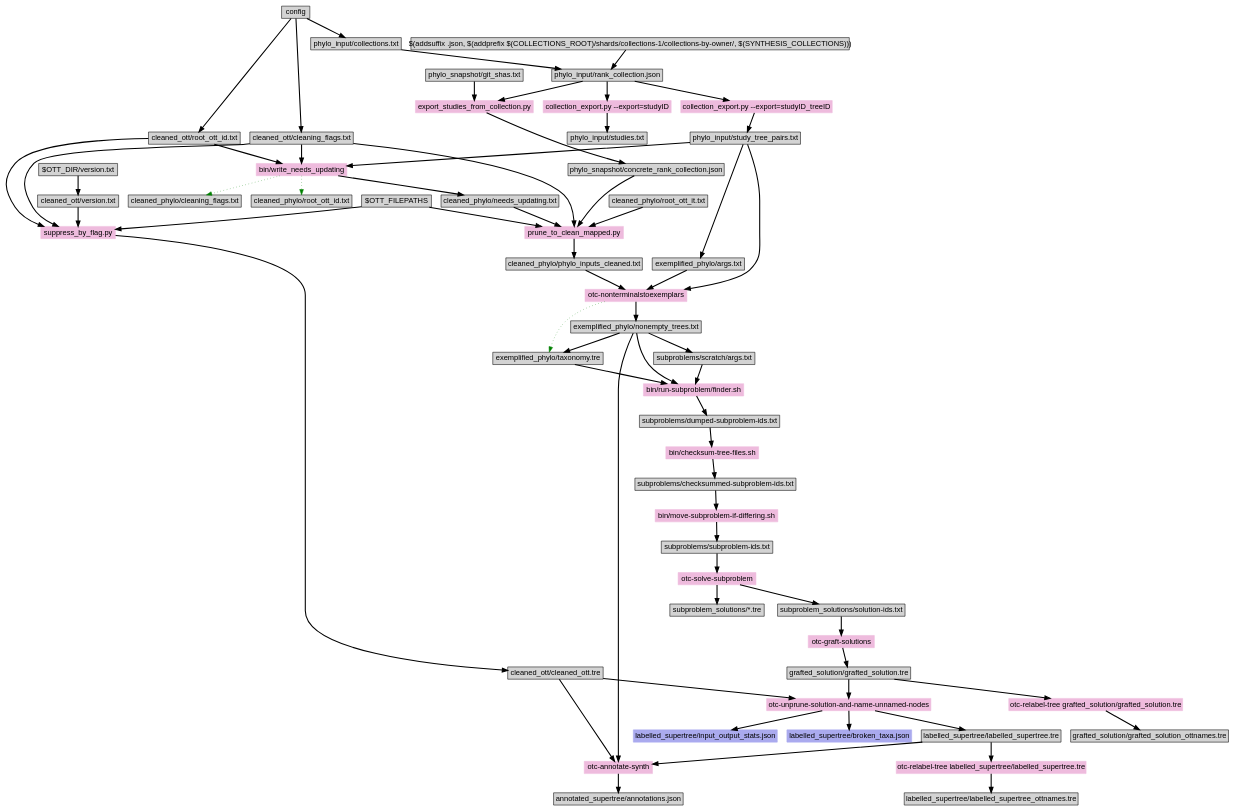
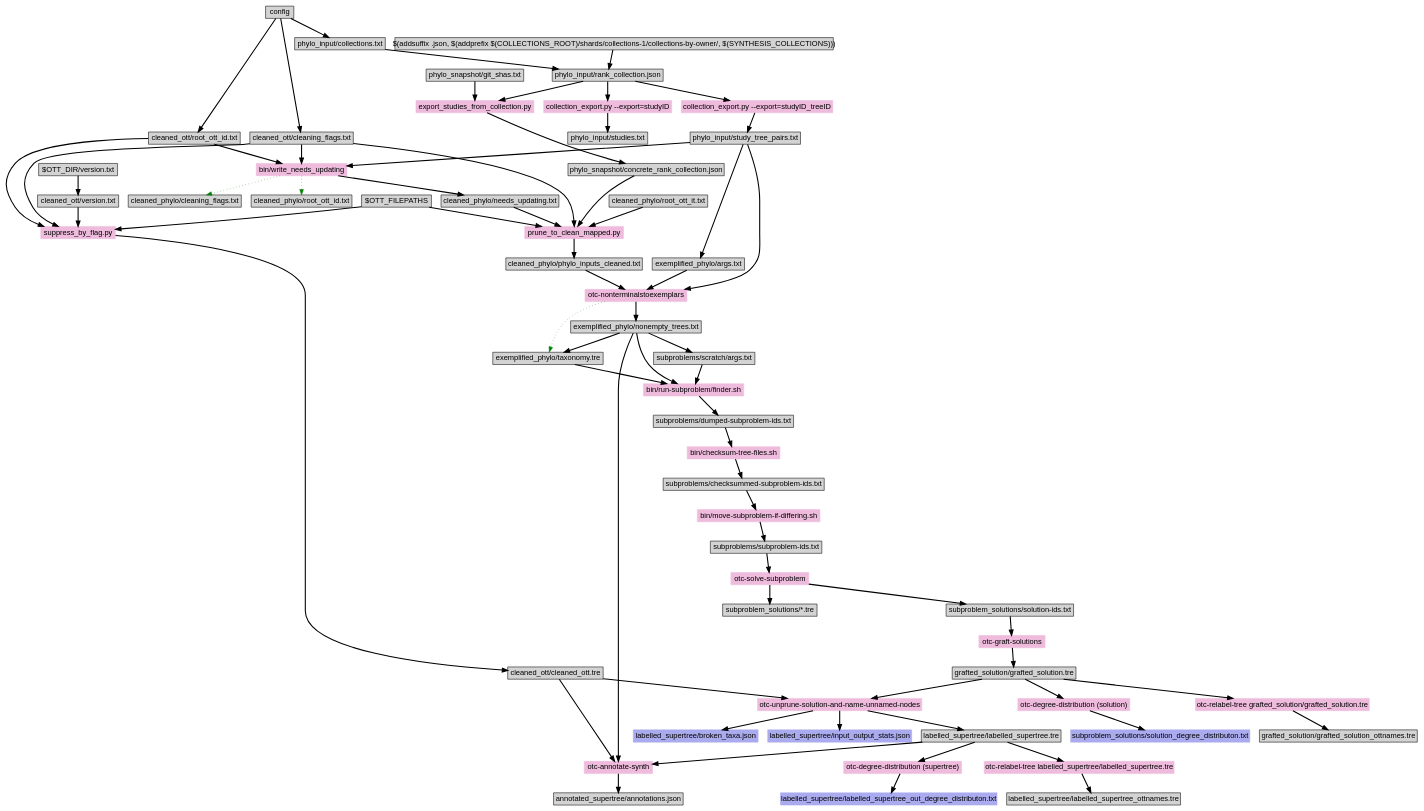
The diagram in doc/makefile-dependencies.dot (OpenTreeOfLife/propinquity), drawn with Graphviz before and after one commit.

Commit message:
Add a few new doc targets to DOT graph.

```diff
--- a/doc/makefile-dependencies.dot
+++ b/doc/makefile-dependencies.dot
@@ -1,126 +1,136 @@
 digraph "make" {
 graph [ranksep=0.25, fontname=Arial,  nodesep=0.25, ranksep=0.5];
 node [fontname=Arial, style=filled, height=0, width=0, shape=box];
 edge [style="setlinewidth(2)"];
 
 config -> "cleaned_ott/root_ott_id.txt"
 config -> "cleaned_ott/cleaning_flags.txt"
 "$OTT_DIR/version.txt" -> "cleaned_ott/version.txt"
 
 "phylo_input/study_tree_pairs.txt" -> "exemplified_phylo/args.txt"
 
 "phylo_input/study_tree_pairs.txt" -> "otc-nonterminalstoexemplars"
 "exemplified_phylo/args.txt" -> "otc-nonterminalstoexemplars"
 "cleaned_phylo/phylo_inputs_cleaned.txt" -> "otc-nonterminalstoexemplars"
 "otc-nonterminalstoexemplars" -> "exemplified_phylo/nonempty_trees.txt"
 "otc-nonterminalstoexemplars" -> "exemplified_phylo/taxonomy.tre" [color=green style=dotted]
 "otc-nonterminalstoexemplars"  [style=filled, color="#EEBBDD"]
 
 "exemplified_phylo/nonempty_trees.txt" -> "exemplified_phylo/taxonomy.tre"
 
 "$OTT_FILEPATHS" -> "suppress_by_flag.py"
 "cleaned_ott/version.txt" ->  "suppress_by_flag.py"
 "cleaned_ott/cleaning_flags.txt" ->  "suppress_by_flag.py"
 "cleaned_ott/root_ott_id.txt" ->  "suppress_by_flag.py"
 "suppress_by_flag.py" [style=filled, color="#EEBBDD"]
 "suppress_by_flag.py" -> "cleaned_ott/cleaned_ott.tre"
 
 "$(addsuffix .json, $(addprefix $(COLLECTIONS_ROOT)/shards/collections-1/collections-by-owner/, $(SYNTHESIS_COLLECTIONS)))" -> "phylo_input/rank_collection.json"
 
 "phylo_input/rank_collection.json" -> "collection_export.py --export=studyID"
 "collection_export.py --export=studyID" -> "phylo_input/studies.txt"
 "collection_export.py --export=studyID" [style=filled, color="#EEBBDD"]
 
 "phylo_input/rank_collection.json" -> "collection_export.py --export=studyID_treeID"
 "collection_export.py --export=studyID_treeID" -> "phylo_input/study_tree_pairs.txt"
 "collection_export.py --export=studyID_treeID" [style=filled, color="#EEBBDD"]
 
 "phylo_snapshot/git_shas.txt"
 
 "phylo_snapshot/git_shas.txt" ->  "export_studies_from_collection.py"
 "phylo_input/rank_collection.json" -> "export_studies_from_collection.py"
 "export_studies_from_collection.py" -> "phylo_snapshot/concrete_rank_collection.json"
 "export_studies_from_collection.py"  [style=filled, color="#EEBBDD"]
 
 "cleaned_ott/cleaning_flags.txt" -> "bin/write_needs_updating"
 "cleaned_ott/root_ott_id.txt" -> "bin/write_needs_updating"
 "phylo_input/study_tree_pairs.txt" -> "bin/write_needs_updating"
 "bin/write_needs_updating" -> "cleaned_phylo/needs_updating.txt"
 "bin/write_needs_updating" -> "cleaned_phylo/cleaning_flags.txt"  [color=green style=dotted]
 "bin/write_needs_updating" -> "cleaned_phylo/root_ott_id.txt"  [color=green style=dotted]
 "bin/write_needs_updating"   [style=filled, color="#EEBBDD"]
 
 "cleaned_phylo/needs_updating.txt" -> "prune_to_clean_mapped.py"
 "cleaned_ott/cleaning_flags.txt" -> "prune_to_clean_mapped.py"
 "cleaned_phylo/root_ott_it.txt" -> "prune_to_clean_mapped.py"
 "$OTT_FILEPATHS" -> "prune_to_clean_mapped.py"
 "phylo_snapshot/concrete_rank_collection.json" -> "prune_to_clean_mapped.py"
 "prune_to_clean_mapped.py"  [style=filled, color="#EEBBDD"]
 "prune_to_clean_mapped.py" -> "cleaned_phylo/phylo_inputs_cleaned.txt"
 
 
 config -> "phylo_input/collections.txt"
 "phylo_input/collections.txt" -> "phylo_input/rank_collection.json"
 # here is where we need to depend on whether the collections have changed!
 
 "exemplified_phylo/nonempty_trees.txt" -> "subproblems/scratch/args.txt"
 
 "exemplified_phylo/taxonomy.tre" -> "bin/run-subproblem/finder.sh"
 "subproblems/scratch/args.txt" -> "bin/run-subproblem/finder.sh"
 "exemplified_phylo/nonempty_trees.txt" -> "bin/run-subproblem/finder.sh"
 "bin/run-subproblem/finder.sh" [style=filled, color="#EEBBDD"]
 "bin/run-subproblem/finder.sh" -> "subproblems/dumped-subproblem-ids.txt"
 
 "subproblems/dumped-subproblem-ids.txt" -> "bin/checksum-tree-files.sh" 
 "bin/checksum-tree-files.sh" [style=filled, color="#EEBBDD"]
 "bin/checksum-tree-files.sh" -> "subproblems/checksummed-subproblem-ids.txt"
 
 
 "subproblems/checksummed-subproblem-ids.txt" -> "bin/move-subproblem-if-differing.sh" 
 "bin/move-subproblem-if-differing.sh" [style=filled, color="#EEBBDD"]
 "bin/move-subproblem-if-differing.sh" -> "subproblems/subproblem-ids.txt"
 
 "subproblems/subproblem-ids.txt" -> "otc-solve-subproblem"
 "otc-solve-subproblem" [style=filled, color="#EEBBDD"]
 "otc-solve-subproblem" -> "subproblem_solutions/*.tre"
 "otc-solve-subproblem" -> "subproblem_solutions/solution-ids.txt"
 "subproblem_solutions/solution-ids.txt"
 
 "subproblem_solutions/solution-ids.txt" -> "otc-graft-solutions"
 "otc-graft-solutions" [style=filled, color="#EEBBDD"]
 "otc-graft-solutions" -> "grafted_solution/grafted_solution.tre"
 
 "grafted_solution/grafted_solution.tre" -> "otc-relabel-tree grafted_solution/grafted_solution.tre"
 "otc-relabel-tree grafted_solution/grafted_solution.tre" [style=filled, color="#EEBBDD"]
 "otc-relabel-tree grafted_solution/grafted_solution.tre" -> "grafted_solution/grafted_solution_ottnames.tre"
 
 "cleaned_ott/cleaned_ott.tre" -> "otc-unprune-solution-and-name-unnamed-nodes"
 "grafted_solution/grafted_solution.tre" -> "otc-unprune-solution-and-name-unnamed-nodes"
 "otc-unprune-solution-and-name-unnamed-nodes" [style=filled, color="#EEBBDD"]
 "otc-unprune-solution-and-name-unnamed-nodes" -> "labelled_supertree/labelled_supertree.tre"
 "otc-unprune-solution-and-name-unnamed-nodes" -> "labelled_supertree/broken_taxa.json"
 "otc-unprune-solution-and-name-unnamed-nodes" -> "labelled_supertree/input_output_stats.json"
 "labelled_supertree/broken_taxa.json" [color="#AAAAEE"]
 "labelled_supertree/input_output_stats.json" [color="#AAAAEE"]
 
 #"cleaned_ott/cleaned_ott.tre" -> "otc-unprune-solution"
 #"grafted_solution/grafted_solution.tre" -> "otc-unprune-solution"
 #"otc-unprune-solution" [style=filled, color="#EEBBDD"]
 #"otc-unprune-solution" -> "full_supertree/full_supertree.tre"
 
 #"full_supertree/full_supertree.tre" -> "otc-name-unnamed-nodes"
 #"otc-name-unnamed-nodes" [style=filled, color="#EEBBDD"]
 #"otc-name-unnamed-nodes" -> "labelled_supertree/labelled_supertree.tre"
 
 
 
 "labelled_supertree/labelled_supertree.tre" -> "otc-relabel-tree labelled_supertree/labelled_supertree.tre"
 "otc-relabel-tree labelled_supertree/labelled_supertree.tre" [style=filled, color="#EEBBDD"]
 "otc-relabel-tree labelled_supertree/labelled_supertree.tre" -> "labelled_supertree/labelled_supertree_ottnames.tre"
 
 "cleaned_ott/cleaned_ott.tre" -> "otc-annotate-synth"
 "labelled_supertree/labelled_supertree.tre" -> "otc-annotate-synth"
 "exemplified_phylo/nonempty_trees.txt" -> "otc-annotate-synth"
 "otc-annotate-synth" [style=filled, color="#EEBBDD"]
 "otc-annotate-synth" -> "annotated_supertree/annotations.json"
+
+"grafted_solution/grafted_solution.tre" -> "otc-degree-distribution (solution)"
+"otc-degree-distribution (solution)" [style=filled, color="#EEBBDD"]
+"otc-degree-distribution (solution)" -> "subproblem_solutions/solution_degree_distributon.txt"
+"subproblem_solutions/solution_degree_distributon.txt" [color="#AAAAEE"]
+
+"labelled_supertree/labelled_supertree.tre" -> "otc-degree-distribution (supertree)"
+"otc-degree-distribution (supertree)" [style=filled, color="#EEBBDD"]
+"otc-degree-distribution (supertree)" -> "labelled_supertree/labelled_supertree_out_degree_distributon.txt"
+"labelled_supertree/labelled_supertree_out_degree_distributon.txt" [color="#AAAAEE"]
 }
```
